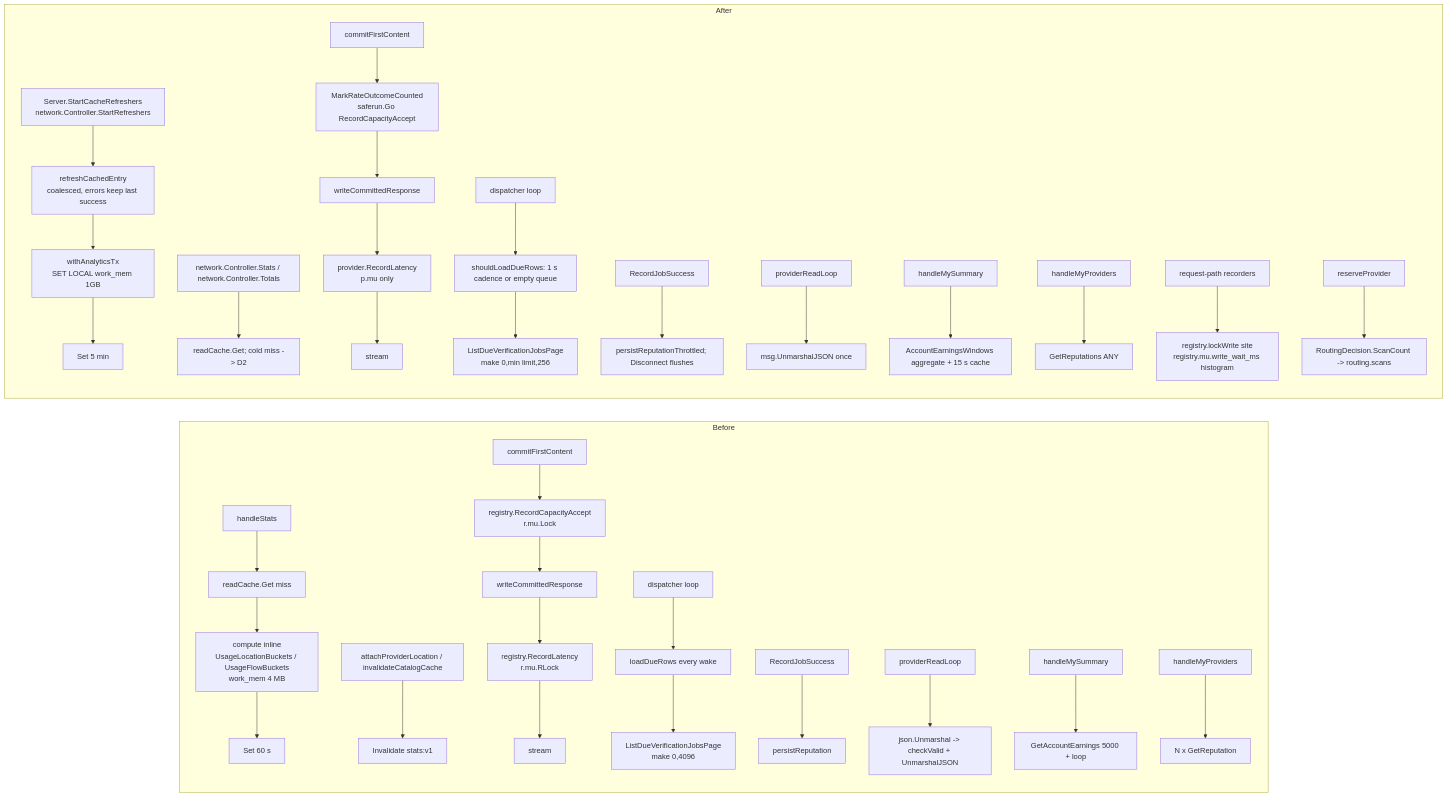
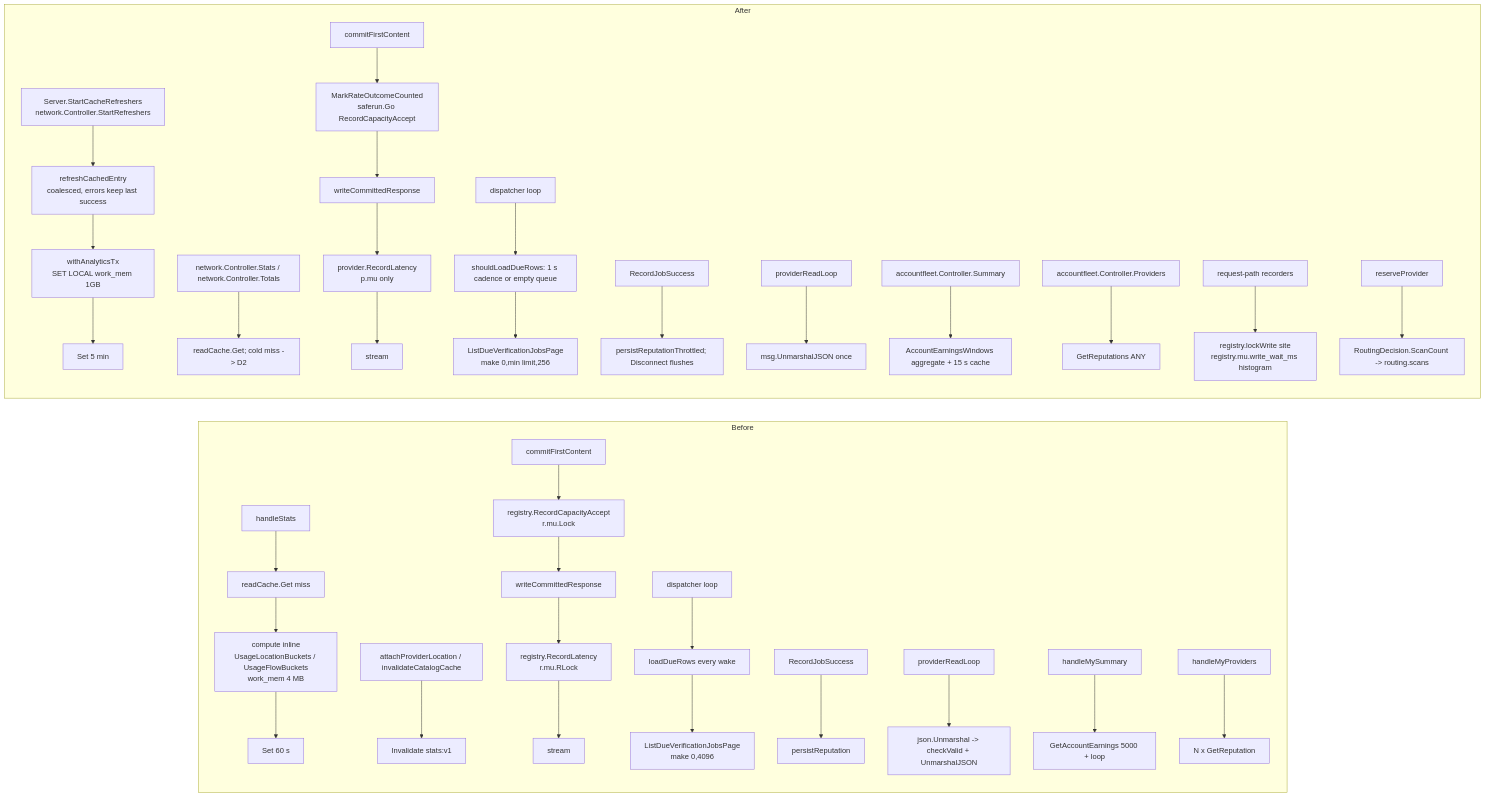
Before and after one commit to Layr-Labs/d-inference: the second of 2 diagrams in docs/operations/coordinator-perf-tier1-rollout.md, drawn with Mermaid. The commit also changed other lines of this file and 10 other files, not shown here.

````diff
--- a/docs/operations/coordinator-perf-tier1-rollout.md
+++ b/docs/operations/coordinator-perf-tier1-rollout.md
@@ -265,27 +265,27 @@
 ```mermaid
 flowchart LR
   subgraph Before
     direction TB
     C1[handleStats] --> C2[readCache.Get miss] --> C3[compute inline<br/>UsageLocationBuckets / UsageFlowBuckets<br/>work_mem 4 MB] --> C4[Set 60 s]
     C5[attachProviderLocation / invalidateCatalogCache] --> C6[Invalidate stats:v1]
     C7[commitFirstContent] --> C8[registry.RecordCapacityAccept<br/>r.mu.Lock] --> C9[writeCommittedResponse] --> C10[registry.RecordLatency<br/>r.mu.RLock] --> C11[stream]
     C12[dispatcher loop] --> C13[loadDueRows every wake] --> C14[ListDueVerificationJobsPage<br/>make 0,4096]
     C15[RecordJobSuccess] --> C16[persistReputation]
     C17[providerReadLoop] --> C18[json.Unmarshal -> checkValid + UnmarshalJSON]
     C19[handleMySummary] --> C20[GetAccountEarnings 5000 + loop]
     C21[handleMyProviders] --> C22[N x GetReputation]
   end
   subgraph After
     direction TB
     D1[Server.StartCacheRefreshers<br/>network.Controller.StartRefreshers] --> D2[refreshCachedEntry<br/>coalesced, errors keep last success] --> D3[withAnalyticsTx<br/>SET LOCAL work_mem 1GB] --> D4[Set 5 min]
     D5[network.Controller.Stats / network.Controller.Totals] --> D6[readCache.Get; cold miss -> D2]
     D7[commitFirstContent] --> D8[MarkRateOutcomeCounted<br/>saferun.Go RecordCapacityAccept] --> D9[writeCommittedResponse] --> D10[provider.RecordLatency<br/>p.mu only] --> D11[stream]
     D12[dispatcher loop] --> D13[shouldLoadDueRows: 1 s cadence or empty queue] --> D14[ListDueVerificationJobsPage<br/>make 0,min limit,256]
     D15[RecordJobSuccess] --> D16[persistReputationThrottled; Disconnect flushes]
     D17[providerReadLoop] --> D18[msg.UnmarshalJSON once]
-    D19[handleMySummary] --> D20[AccountEarningsWindows aggregate + 15 s cache]
-    D21[handleMyProviders] --> D22[GetReputations ANY]
+    D19[accountfleet.Controller.Summary] --> D20[AccountEarningsWindows aggregate + 15 s cache]
+    D21[accountfleet.Controller.Providers] --> D22[GetReputations ANY]
     D23[request-path recorders] --> D24[registry.lockWrite site<br/>registry.mu.write_wait_ms histogram]
     D25[reserveProvider] --> D26[RoutingDecision.ScanCount -> routing.scans]
   end
 ```
````
